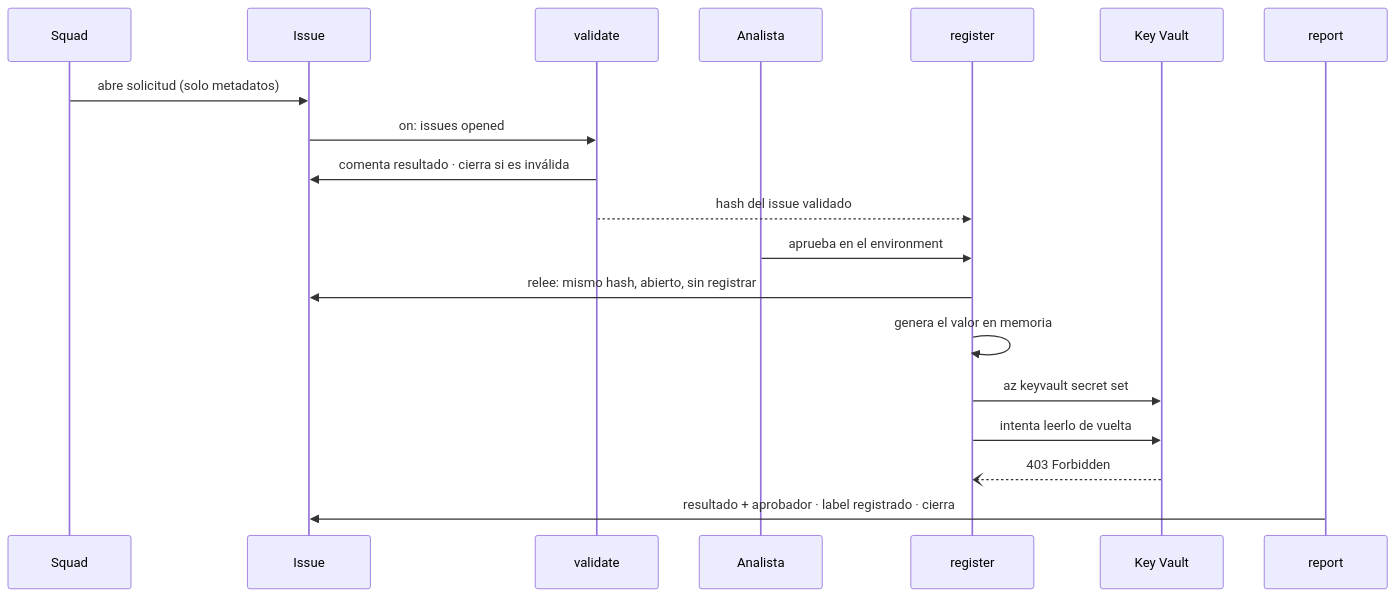
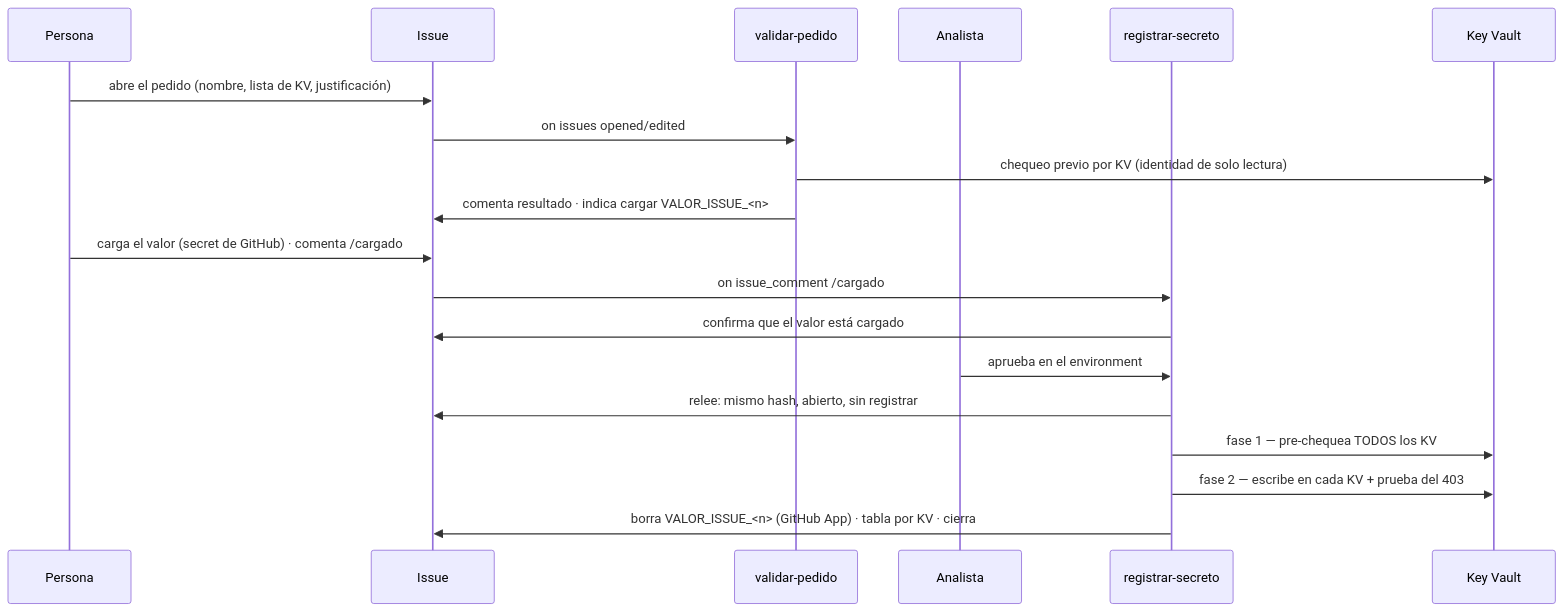
One commit to Ox19/poc-registry-secret-automation changed the second of 2 diagrams in ARCHITECTURE.md. Above: the diagram before and after it, drawn with Mermaid. The commit also changed other lines of this file and 2 other files, not shown here.

First line of the commit message:
Poner README, ARCHITECTURE y CONTRIBUTING al dia con el flujo redefinido y multi-KV

````diff
--- a/ARCHITECTURE.md
+++ b/ARCHITECTURE.md
@@ -46,22 +50,22 @@
 ```mermaid
 sequenceDiagram
-    participant Squad
+    participant P as Persona
     participant Issue
-    participant V as validate
+    participant V as validar-pedido
     participant Analista
-    participant R as register
+    participant R as registrar-secreto
     participant KV as Key Vault
-    participant Rep as report
 
-    Squad->>Issue: abre solicitud (solo metadatos)
-    Issue->>V: on: issues opened
-    V->>Issue: comenta resultado · cierra si es inválida
-    V-->>R: hash del issue validado
+    P->>Issue: abre el pedido (nombre, lista de KV, justificación)
+    Issue->>V: on issues opened/edited
+    V->>KV: chequeo previo por KV (identidad de solo lectura)
+    V->>Issue: comenta resultado · indica cargar VALOR_ISSUE_<n>
+    P->>Issue: carga el valor (secret de GitHub) · comenta /cargado
+    Issue->>R: on issue_comment /cargado
+    R->>Issue: confirma que el valor está cargado
     Analista->>R: aprueba en el environment
     R->>Issue: relee: mismo hash, abierto, sin registrar
-    R->>R: genera el valor en memoria
-    R->>KV: az keyvault secret set
-    R->>KV: intenta leerlo de vuelta
-    KV--)R: 403 Forbidden
-    Rep->>Issue: resultado + aprobador · label registrado · cierra
+    R->>KV: fase 1 — pre-chequea TODOS los KV
+    R->>KV: fase 2 — escribe en cada KV + prueba del 403
+    R->>Issue: borra VALOR_ISSUE_<n> (GitHub App) · tabla por KV · cierra
 ```
````
